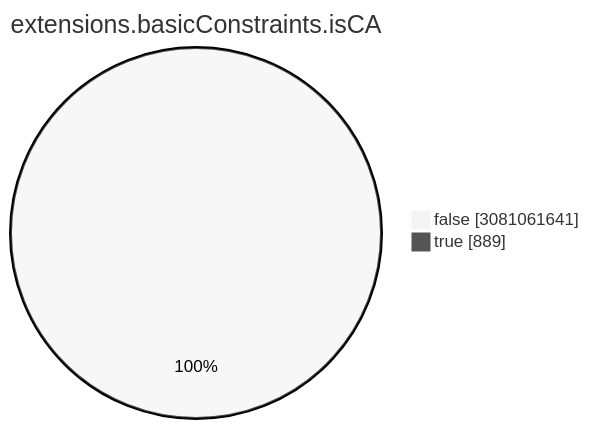
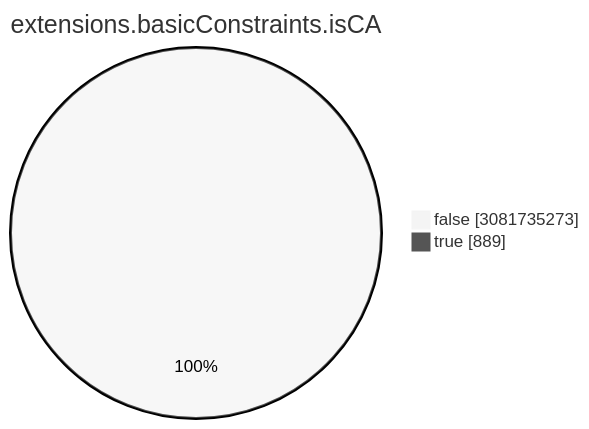
The seventh of 15 diagrams in TOTAL/README.md (christiankrug/ctmonitor_visualization), drawn with Mermaid (neutral theme) before and after one commit. The commit also changed other lines of this file, not shown here.

````diff
--- a/TOTAL/README.md
+++ b/TOTAL/README.md
@@ -3086,6 +3086,6 @@
 ```mermaid
 pie showData
 title extensions.basicConstraints.isCA
-"false" :3081061641
+"false" :3081735273
 "true" :889
 ```
````
